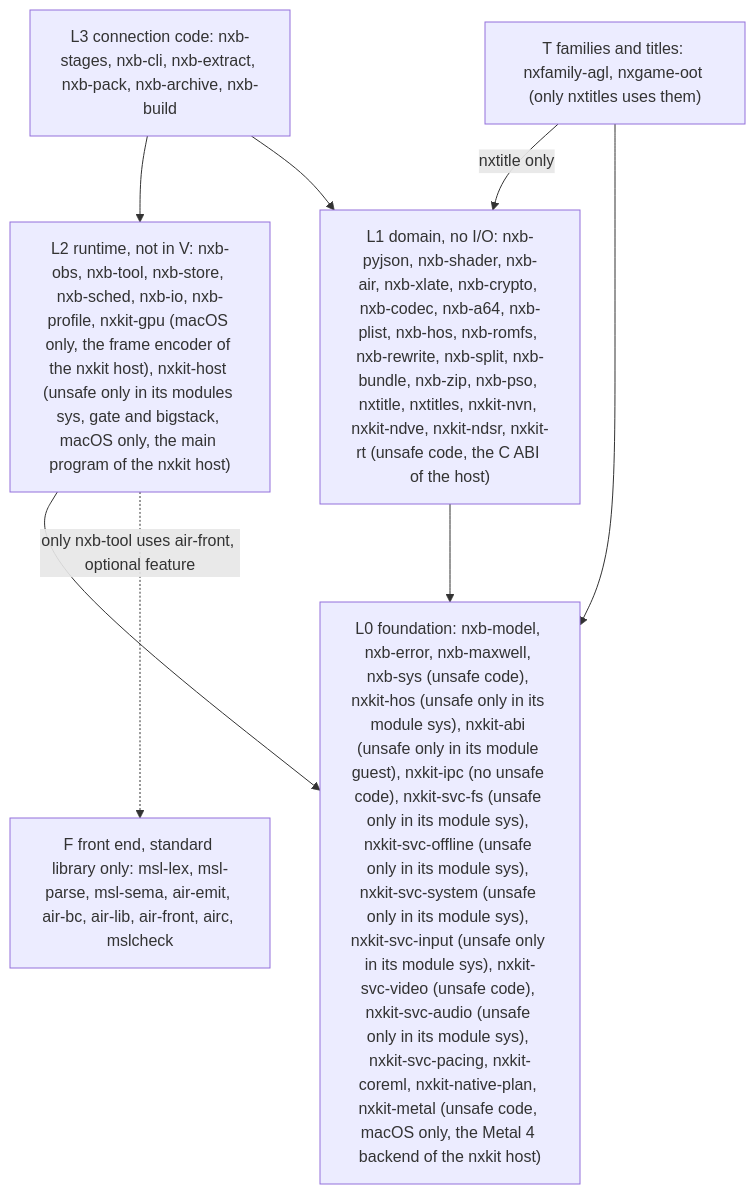
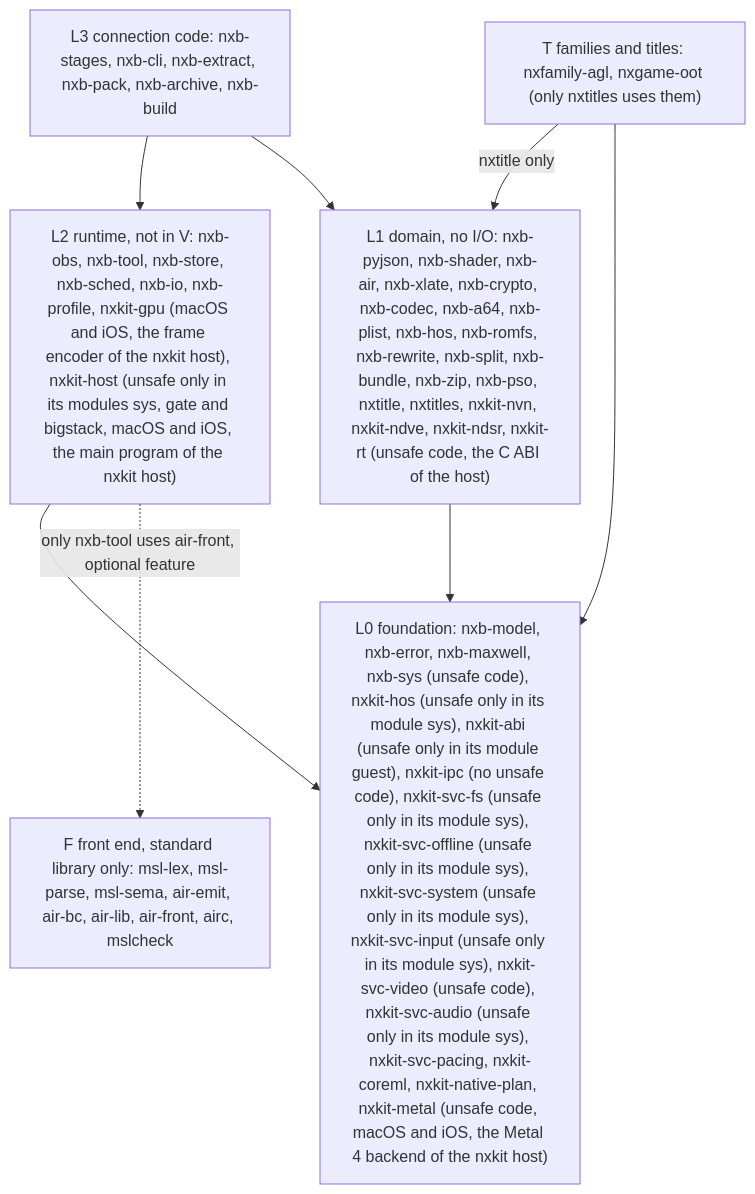
The first of 2 diagrams in docs/architecture.md (b4f8abbb24dbf56a7d0280f296e16eeb/nxkit), drawn with Mermaid before and after one commit. The commit also changed other lines of this file and 1 other file, not shown here.

Commit message:
docs: record iOS host and distribution boundaries [skip ci]

````diff
--- a/docs/architecture.md
+++ b/docs/architecture.md
@@ -19,14 +19,14 @@
 ```mermaid
 flowchart TD
   L3["L3 connection code: nxb-stages, nxb-cli, nxb-extract, nxb-pack, nxb-archive, nxb-build"]
-  L2["L2 runtime, not in V: nxb-obs, nxb-tool, nxb-store, nxb-sched, nxb-io, nxb-profile, nxkit-gpu (macOS only, the frame encoder of the nxkit host), nxkit-host (unsafe only in its modules sys, gate and bigstack, macOS only, the main program of the nxkit host)"]
+  L2["L2 runtime, not in V: nxb-obs, nxb-tool, nxb-store, nxb-sched, nxb-io, nxb-profile, nxkit-gpu (macOS and iOS, the frame encoder of the nxkit host), nxkit-host (unsafe only in its modules sys, gate and bigstack, macOS and iOS, the main program of the nxkit host)"]
   L1["L1 domain, no I/O: nxb-pyjson, nxb-shader, nxb-air, nxb-xlate, nxb-crypto, nxb-codec, nxb-a64, nxb-plist, nxb-hos, nxb-romfs, nxb-rewrite, nxb-split, nxb-bundle, nxb-zip, nxb-pso, nxtitle, nxtitles, nxkit-nvn, nxkit-ndve, nxkit-ndsr, nxkit-rt (unsafe code, the C ABI of the host)"]
-  L0["L0 foundation: nxb-model, nxb-error, nxb-maxwell, nxb-sys (unsafe code), nxkit-hos (unsafe only in its module sys), nxkit-abi (unsafe only in its module guest), nxkit-ipc (no unsafe code), nxkit-svc-fs (unsafe only in its module sys), nxkit-svc-offline (unsafe only in its module sys), nxkit-svc-system (unsafe only in its module sys), nxkit-svc-input (unsafe only in its module sys), nxkit-svc-video (unsafe code), nxkit-svc-audio (unsafe only in its module sys), nxkit-svc-pacing, nxkit-coreml, nxkit-native-plan, nxkit-metal (unsafe code, macOS only, the Metal 4 backend of the nxkit host)"]
+  L0["L0 foundation: nxb-model, nxb-error, nxb-maxwell, nxb-sys (unsafe code), nxkit-hos (unsafe only in its module sys), nxkit-abi (unsafe only in its module guest), nxkit-ipc (no unsafe code), nxkit-svc-fs (unsafe only in its module sys), nxkit-svc-offline (unsafe only in its module sys), nxkit-svc-system (unsafe only in its module sys), nxkit-svc-input (unsafe only in its module sys), nxkit-svc-video (unsafe code), nxkit-svc-audio (unsafe only in its module sys), nxkit-svc-pacing, nxkit-coreml, nxkit-native-plan, nxkit-metal (unsafe code, macOS and iOS, the Metal 4 backend of the nxkit host)"]
   LT["T families and titles: nxfamily-agl, nxgame-oot (only nxtitles uses them)"]
   LF["F front end, standard library only: msl-lex, msl-parse, msl-sema, air-emit, air-bc, air-lib, air-front, airc, mslcheck"]
   L3 --> L2 --> L0
   L3 --> L1 --> L0
   LT -->|nxtitle only| L1
   LT --> L0
   L2 -.->|only nxb-tool uses air-front, optional feature| LF
 ```
````
